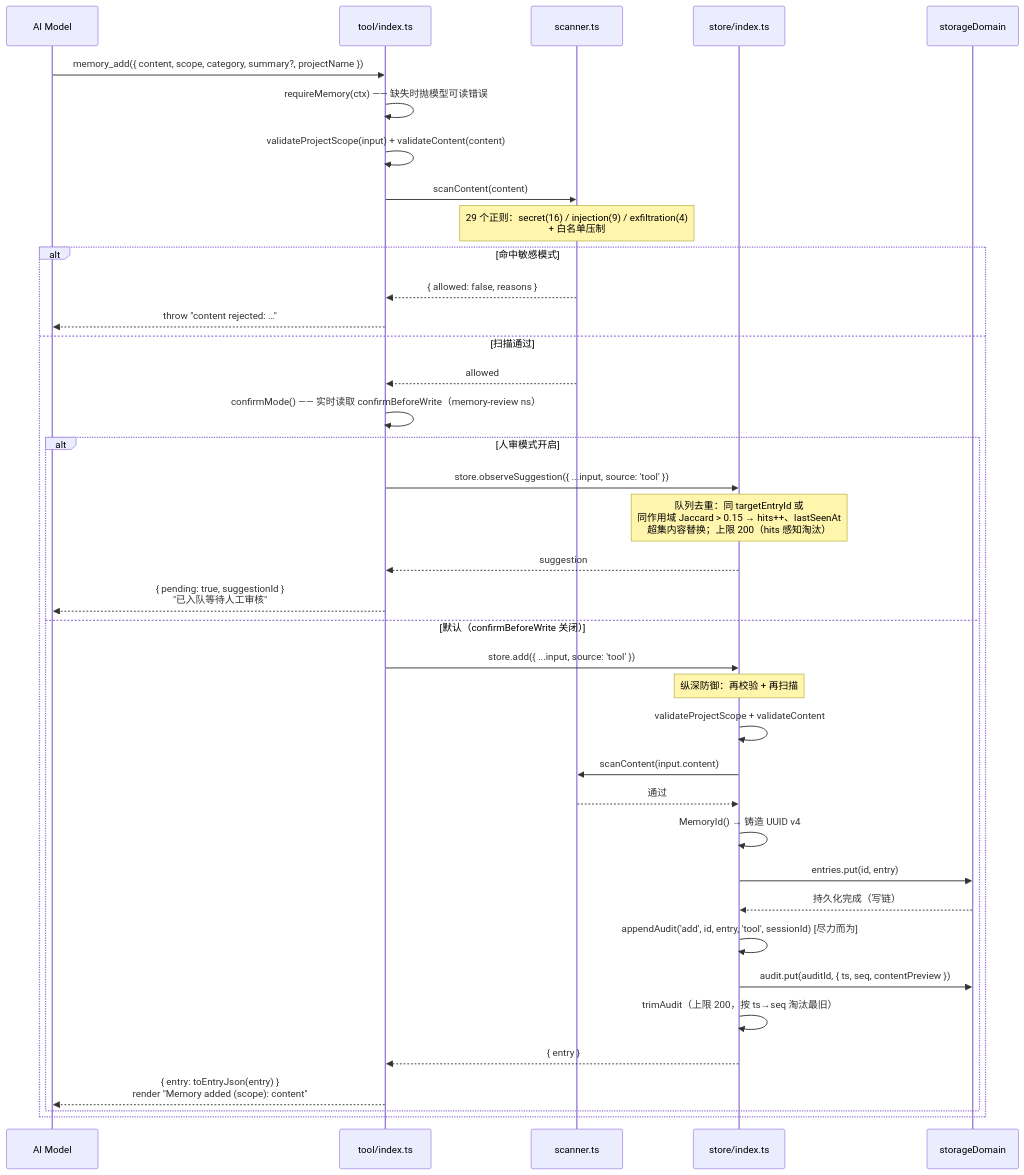
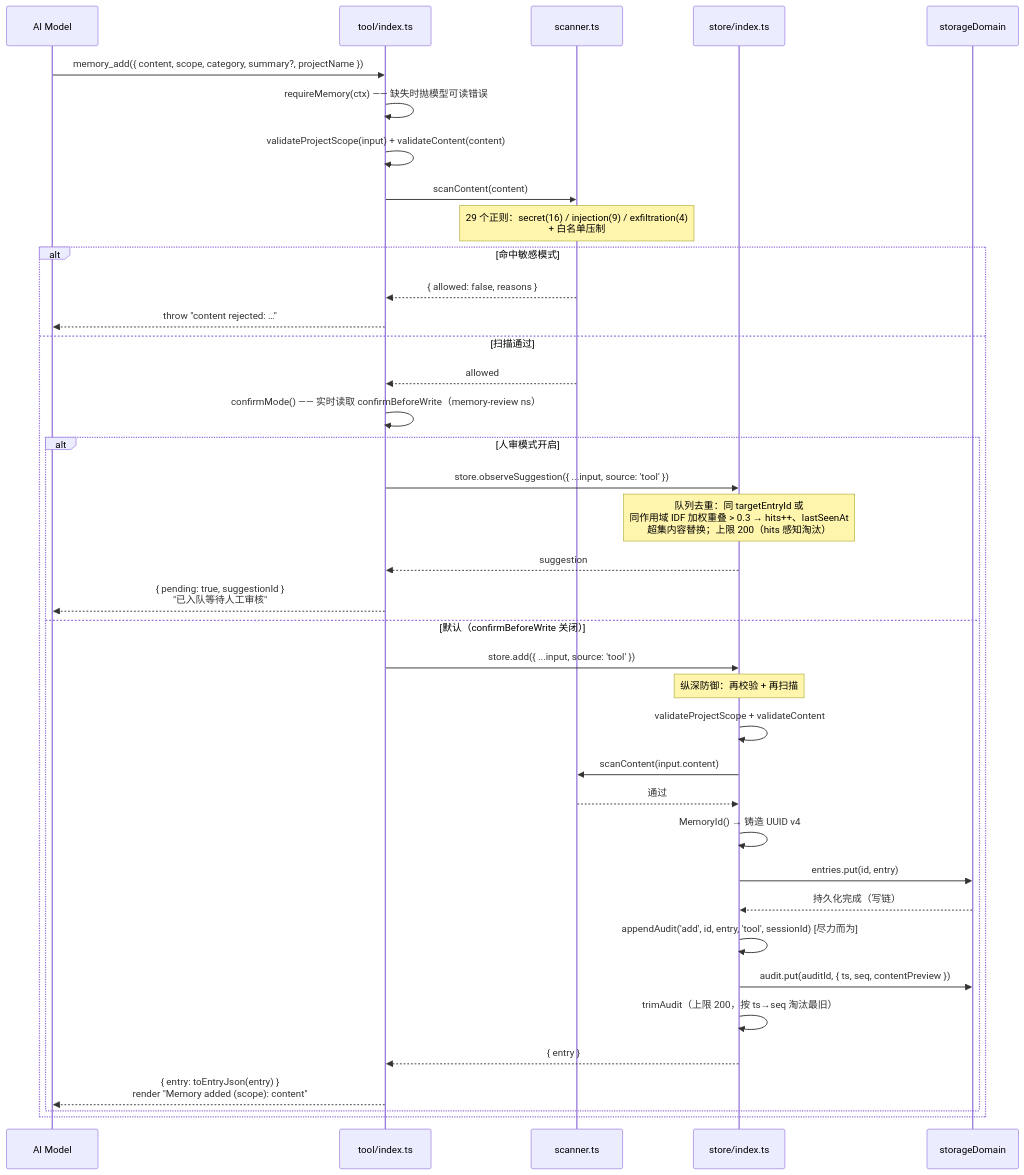
Before and after one commit to chenhw7/dsh-memory: the second of 15 diagrams in docs/SEQUENCE_DIAGRAMS.zh.md, drawn with Mermaid. The commit also changed other lines of this file and 50 other files, not shown here.

````diff
--- a/docs/SEQUENCE_DIAGRAMS.zh.md
+++ b/docs/SEQUENCE_DIAGRAMS.zh.md
@@ -67,46 +67,46 @@
 ```mermaid
 sequenceDiagram
     participant Model as AI Model
     participant Tool as tool/index.ts
     participant Scanner as scanner.ts
     participant Store as store/index.ts
     participant SD as storageDomain
 
     Model->>Tool: memory_add({ content, scope, category, summary?, projectName })
     Tool->>Tool: requireMemory(ctx) —— 缺失时抛模型可读错误
     Tool->>Tool: validateProjectScope(input) + validateContent(content)
 
     Tool->>Scanner: scanContent(content)
     Note over Scanner: 29 个正则：secret(16) / injection(9) / exfiltration(4)<br/>+ 白名单压制
     alt 命中敏感模式
         Scanner-->>Tool: { allowed: false, reasons }
         Tool-->>Model: throw "content rejected: …"
     else 扫描通过
         Scanner-->>Tool: allowed
         Tool->>Tool: confirmMode() —— 实时读取 confirmBeforeWrite（memory-review ns）
         alt 人审模式开启
             Tool->>Store: store.observeSuggestion({ ...input, source: 'tool' })
-            Note over Store: 队列去重：同 targetEntryId 或<br/>同作用域 Jaccard > 0.15 → hits++、lastSeenAt<br/>超集内容替换；上限 200（hits 感知淘汰）
+            Note over Store: 队列去重：同 targetEntryId 或<br/>同作用域 IDF 加权重叠 > 0.3 → hits++、lastSeenAt<br/>超集内容替换；上限 200（hits 感知淘汰）
             Store-->>Tool: suggestion
             Tool-->>Model: { pending: true, suggestionId }<br/>"已入队等待人工审核"
         else 默认（confirmBeforeWrite 关闭）
             Tool->>Store: store.add({ ...input, source: 'tool' })
 
             Note over Store: 纵深防御：再校验 + 再扫描
             Store->>Store: validateProjectScope + validateContent
             Store->>Scanner: scanContent(input.content)
             Scanner-->>Store: 通过
 
             Store->>Store: MemoryId() → 铸造 UUID v4
             Store->>SD: entries.put(id, entry)
             SD-->>Store: 持久化完成（写链）
 
             Store->>Store: appendAudit('add', id, entry, 'tool', sessionId) [尽力而为]
             Store->>SD: audit.put(auditId, { ts, seq, contentPreview })
             Store->>Store: trimAudit（上限 200，按 ts→seq 淘汰最旧）
 
             Store-->>Tool: { entry }
             Tool-->>Model: { entry: toEntryJson(entry) }<br/>render "Memory added (scope): content"
         end
     end
 ```
````
